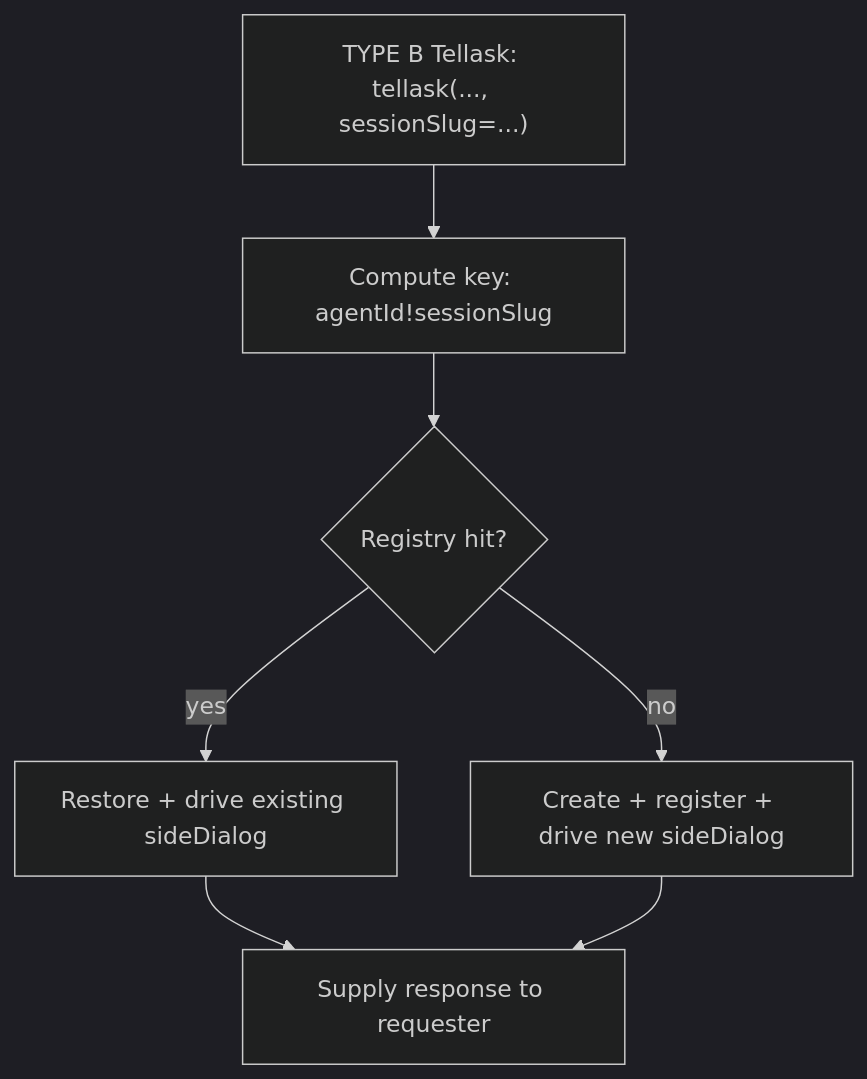
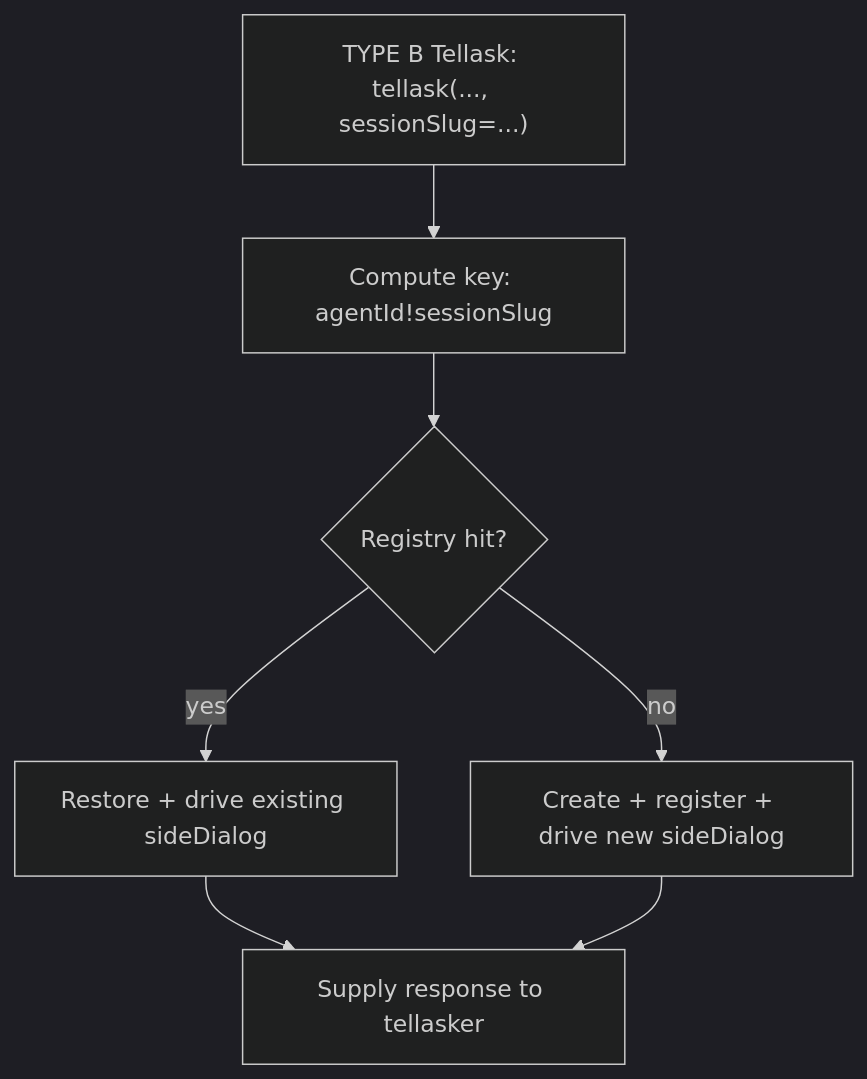
One commit to longrun-ai/dominds changed the eighth of 18 diagrams in docs/dialog-system.md. Above: the diagram before and after it, drawn with Mermaid (dark theme). The commit also changed other lines of this file and 66 other files, not shown here.

````diff
--- a/docs/dialog-system.md
+++ b/docs/dialog-system.md
@@ -902,9 +902,9 @@
 ```mermaid
 flowchart TD
   Tellask["TYPE B Tellask: tellask(..., sessionSlug=...)"] --> Key[Compute key: agentId!sessionSlug]
   Key --> Lookup{Registry hit?}
   Lookup -- yes --> Resume[Restore + drive existing sideDialog]
   Lookup -- no --> Create[Create + register + drive new sideDialog]
-  Resume --> Supply[Supply response to requester]
+  Resume --> Supply[Supply response to tellasker]
   Create --> Supply
 ```
````
